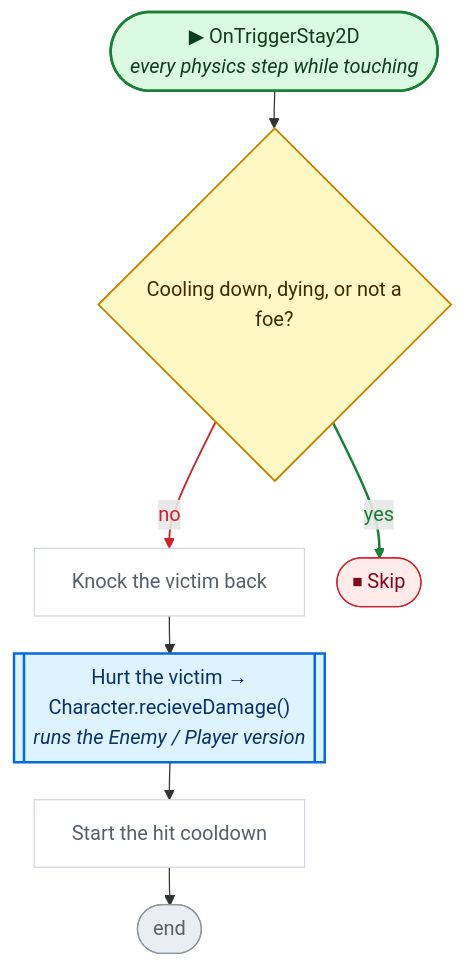
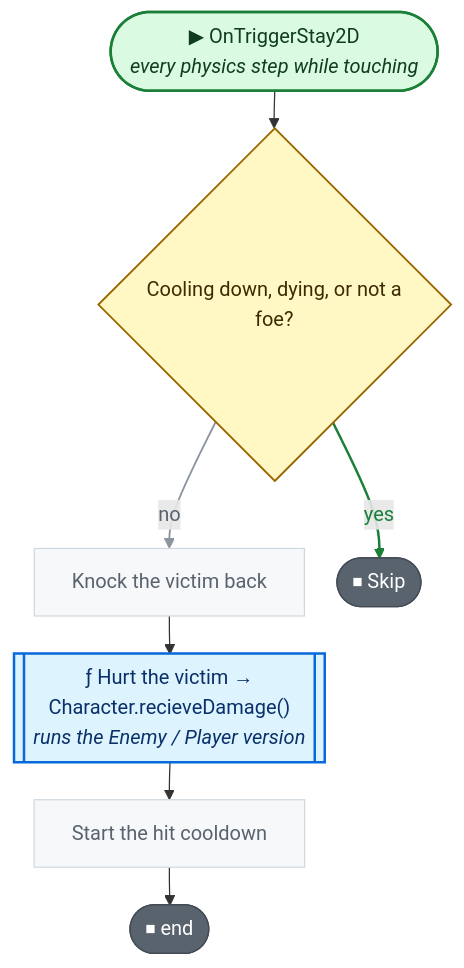
The seventh of 7 diagrams in CodeGraph~/graph/Enemy.cs.md (nataiai/Lord-of-the-Dungeon), drawn with Mermaid before and after one commit. The commit also changed other lines of this file and 57 other files, not shown here.

````diff
--- a/CodeGraph~/graph/Enemy.cs.md
+++ b/CodeGraph~/graph/Enemy.cs.md
@@ -450,45 +452,45 @@
 ```mermaid
 ---
 config:
   flowchart:
     wrappingWidth: 260
     nodeSpacing: 26
     rankSpacing: 30
 ---
 flowchart TD
   nS(["▶ OnTriggerStay2D<br><i>every physics step while touching</i>"])
   nbd9b75{"Cooling down, dying, or not a<br>foe?"}
   n407dd7["Knock the victim back"]
-  nb9a202[["Hurt the victim →<br>Character.recieveDamage()<br><i>runs the Enemy / Player version</i>"]]
+  nb9a202[["ƒ Hurt the victim →<br>Character.recieveDamage()<br><i>runs the Enemy / Player version</i>"]]
   n64f06b["Start the hit cooldown"]
-  nE(["end"])
+  nE(["⏹ end"])
   nb2e4fc(["⏹ Skip"])
   nS --> nbd9b75
   nbd9b75 -->|no| n407dd7
   nbd9b75 -->|yes| nb2e4fc
   n407dd7 --> nb9a202
   nb9a202 --> n64f06b
   n64f06b --> nE
-  linkStyle 1 stroke:#cf222e,stroke-width:1.5px,color:#cf222e
+  linkStyle 1 stroke:#8c959f,stroke-width:1.5px,color:#59636e
   linkStyle 2 stroke:#1a7f37,stroke-width:2px,color:#1a7f37
   classDef unity fill:#dafbe1,stroke:#1a7f37,stroke-width:2px,color:#0f3d1d
   classDef start fill:#dafbe1,stroke:#1a7f37,stroke-width:2px,color:#0f3d1d
-  classDef calc fill:#ffffff,stroke:#d0d7de,color:#57606a
+  classDef calc fill:#f6f8fa,stroke:#d1d9e0,color:#59636e
   classDef calls fill:#ddf4ff,stroke:#0969da,stroke-width:2px,color:#0a3069
-  classDef ext fill:#ddf4ff,stroke:#0969da,stroke-width:2px,stroke-dasharray:5 3,color:#0a3069
-  classDef cond fill:#fff8c5,stroke:#bf8700,stroke-width:1.5px,color:#3d2a00
-  classDef loop fill:#f6f8fa,stroke:#57606a,color:#1f2328
-  classDef exit fill:#ffebe9,stroke:#cf222e,color:#82071e
+  classDef ext fill:#f6f8fa,stroke:#59636e,stroke-width:1.5px,stroke-dasharray:5 5,color:#1f2328
+  classDef cond fill:#fff8c5,stroke:#9a6700,stroke-width:1.5px,color:#3d2a00
+  classDef loop fill:#fff8c5,stroke:#9a6700,color:#3d2a00
+  classDef wait fill:#fff8c5,stroke:#9a6700,color:#3d2a00
+  classDef exit fill:#59636e,stroke:#424a53,color:#ffffff
+  classDef fin fill:#59636e,stroke:#424a53,color:#ffffff
+  classDef act fill:#ffffff,stroke:#59636e,stroke-width:1.5px,color:#1f2328
   classDef kill fill:#ffebe9,stroke:#cf222e,stroke-width:2px,color:#82071e
-  classDef spawn fill:#dafbe1,stroke:#1a7f37,stroke-width:2px,color:#0f3d1d
-  classDef wait fill:#fff1e5,stroke:#bc4c00,color:#4d1d00
-  classDef fin fill:#eaeef2,stroke:#8c959f,color:#57606a
   classDef join fill:#d0d7de,stroke:#8c959f,color:#57606a
   classDef ghdr fill:#f5f9ff,stroke:#f5f9ff,color:#0a3069,font-weight:bold
   class n407dd7,n64f06b calc
   class nb9a202 calls
   class nbd9b75 cond
   class nb2e4fc exit
   class nE fin
   class nS unity
 ```
````
